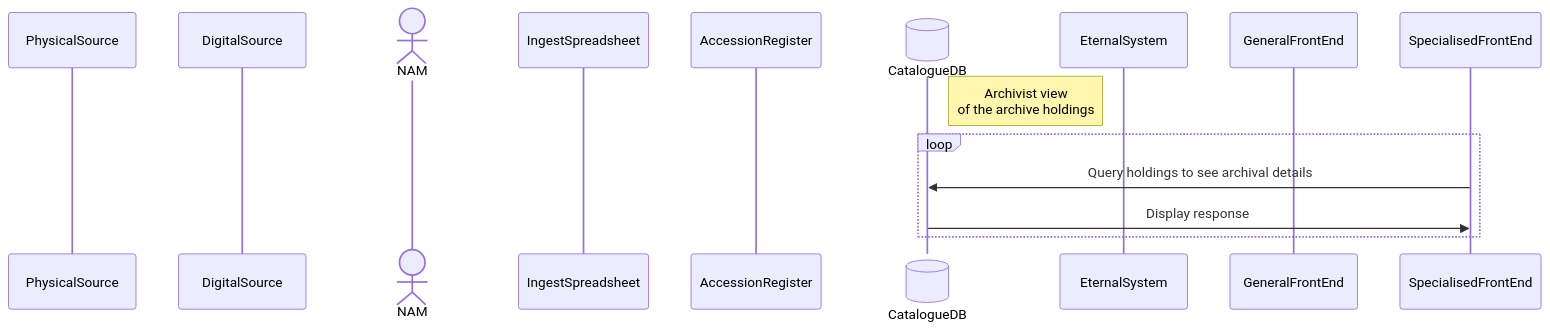
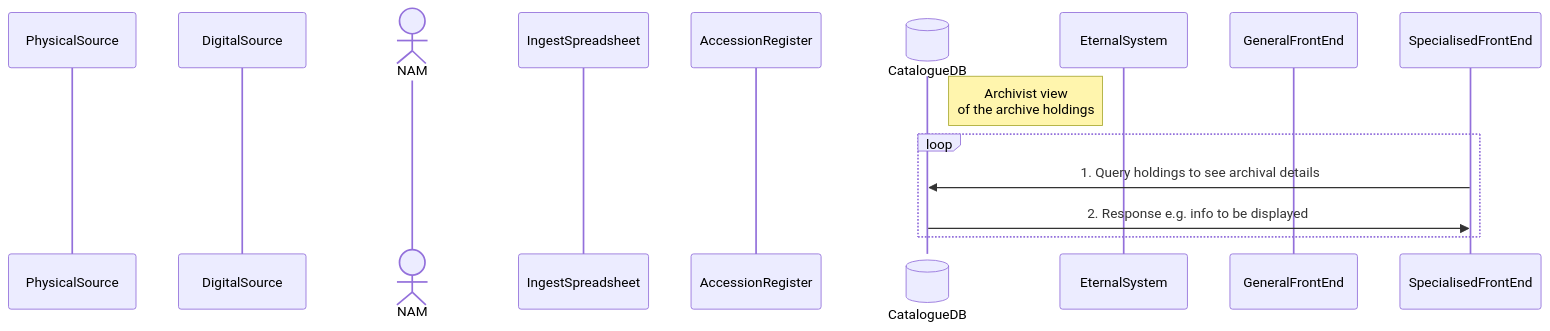
The fifth of 7 diagrams in README.md (dgiaretta/NAM), drawn with Mermaid before and after one commit. The commit also changed other lines of this file, not shown here.

First line of the commit message:
Refine README content and sequence diagrams

````diff
--- a/README.md
+++ b/README.md
@@ -152,17 +152,17 @@
 ```mermaid
 sequenceDiagram
 participant PhysicalSource
 participant DigitalSource
 actor NAM
 participant IngestSpreadsheet
 participant AccessionRegister
 participant CatalogueDB@{ "type": "database" }
 participant EternalSystem
 participant GeneralFrontEnd
 participant SpecialisedFrontEnd
 Note right of CatalogueDB: Archivist view<br/>of the archive holdings
 loop
-  SpecialisedFrontEnd->>CatalogueDB: Query holdings to see archival details
-  CatalogueDB->>SpecialisedFrontEnd: Display response
+  SpecialisedFrontEnd->>CatalogueDB: 1. Query holdings to see archival details
+  CatalogueDB->>SpecialisedFrontEnd: 2. Response e.g. info to be displayed
 end
 ```
````
